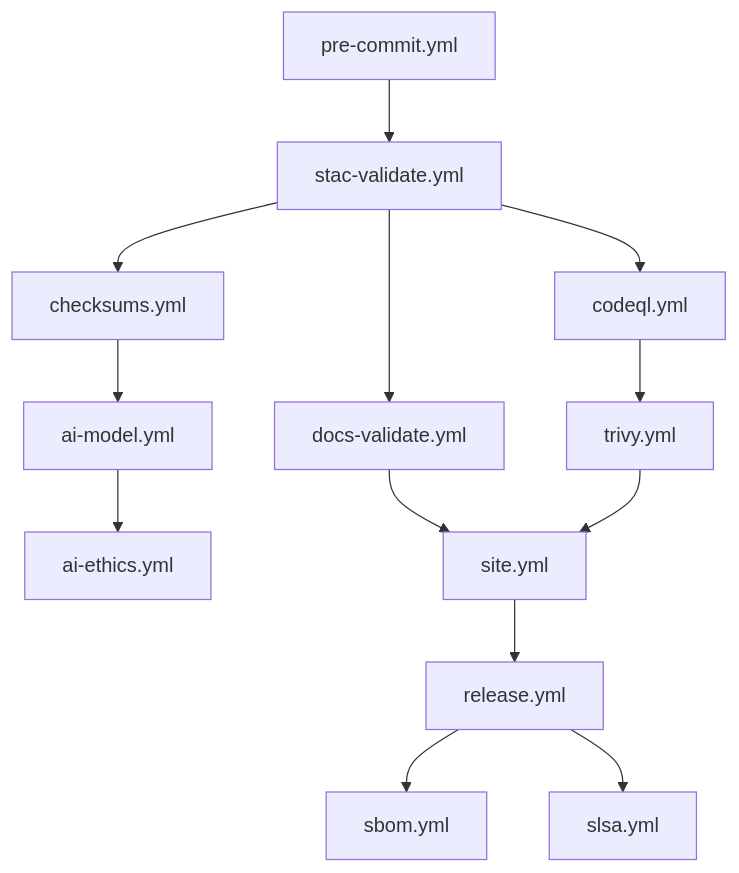
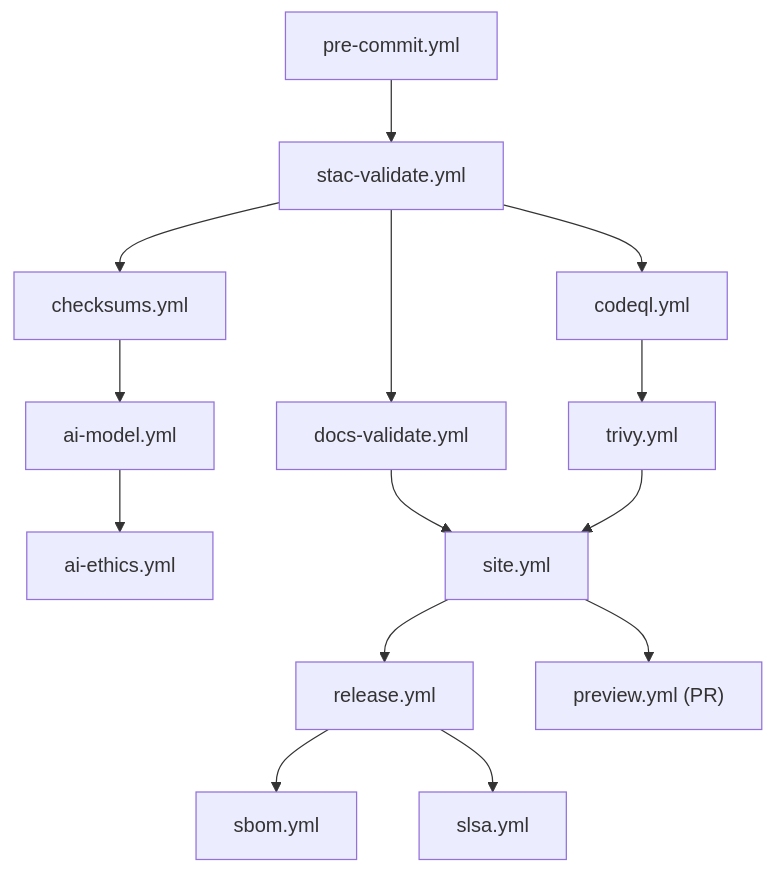
The diagram in .github/workflows/README.md (bartytime4life/Kansas-Frontier-Matrix), drawn with Mermaid before and after one commit. The commit also changed other lines of this file, not shown here.

````diff
--- a/.github/workflows/README.md
+++ b/.github/workflows/README.md
@@ -87,15 +95,16 @@
 ```mermaid
 graph TD
   A["pre-commit.yml"] --> B["stac-validate.yml"]
   B --> C["checksums.yml"]
   B --> D["docs-validate.yml"]
   B --> E["codeql.yml"]
   E --> F["trivy.yml"]
   C --> G["ai-model.yml"]
   G --> H["ai-ethics.yml"]
   D --> I["site.yml"]
   F --> I
   I --> J["release.yml"]
   J --> K["sbom.yml"]
   J --> L["slsa.yml"]
+  I --> M["preview.yml (PR)"]
 ```
````
